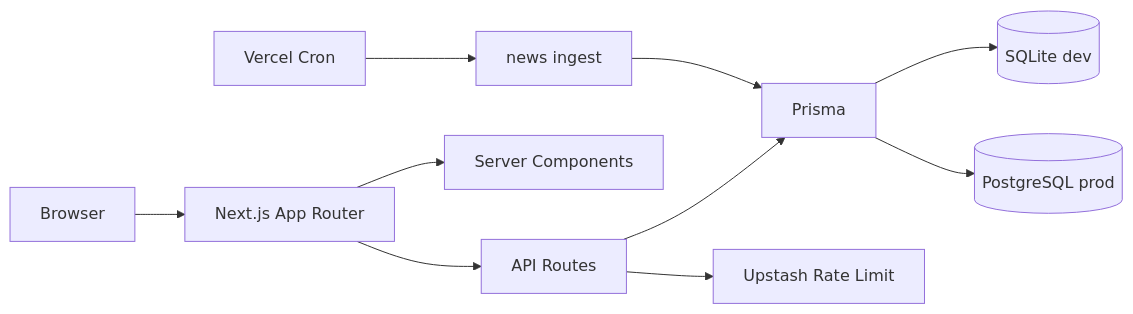
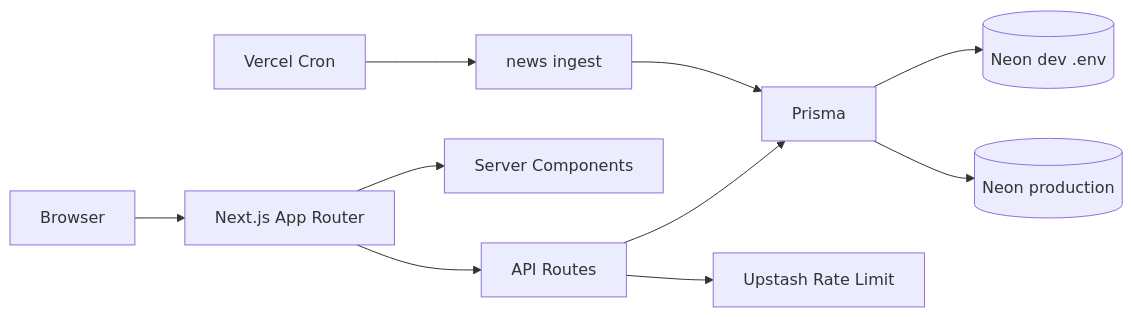
Before and after one commit to dj-cajun/hokei: the diagram in README.md, drawn with Mermaid. The commit also changed other lines of this file and 4 other files, not shown here.

First line of the commit message:
docs: PostgreSQL 단일·Neon dev/prod 분리 가이드 갱신

````diff
--- a/README.md
+++ b/README.md
@@ -122,12 +122,12 @@
 ```mermaid
 flowchart LR
   Browser --> NextApp[Next.js App Router]
   NextApp --> API[API Routes]
   NextApp --> RSC[Server Components]
   API --> Prisma
-  Prisma --> SQLite[(SQLite dev)]
-  Prisma --> PG[(PostgreSQL prod)]
+  Prisma --> NeonDev[(Neon dev .env)]
+  Prisma --> NeonProd[(Neon production)]
   API --> Upstash[Upstash Rate Limit]
   Cron[Vercel Cron] --> NewsIngest[news ingest]
   NewsIngest --> Prisma
 ```
````
